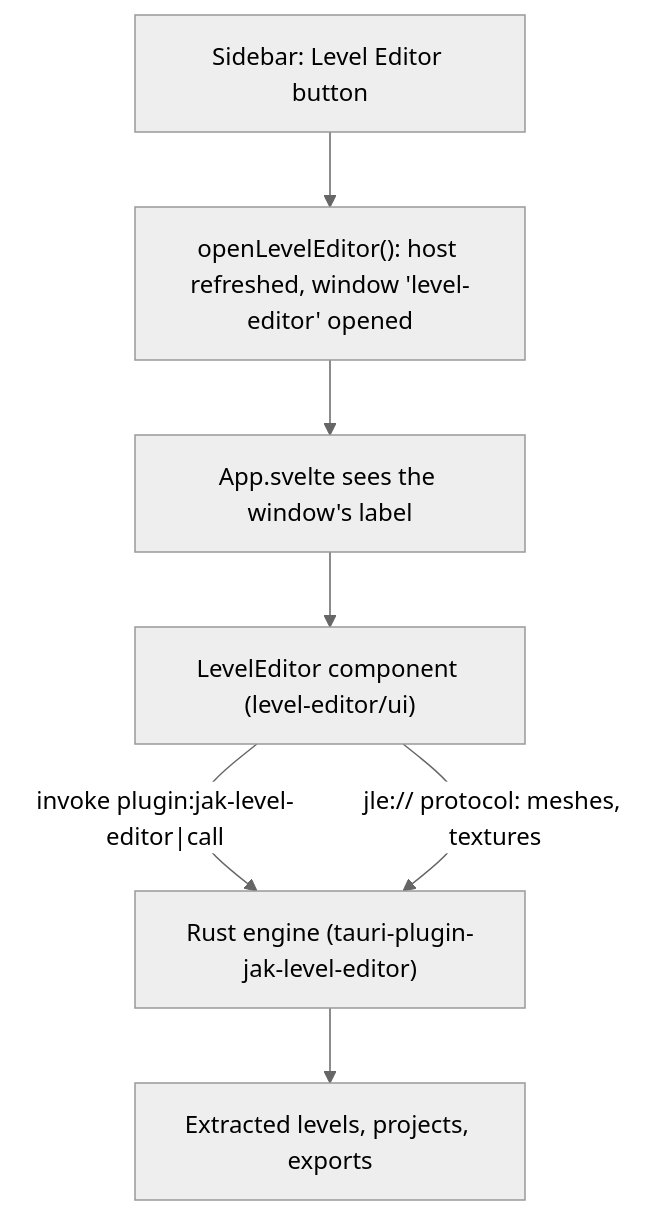
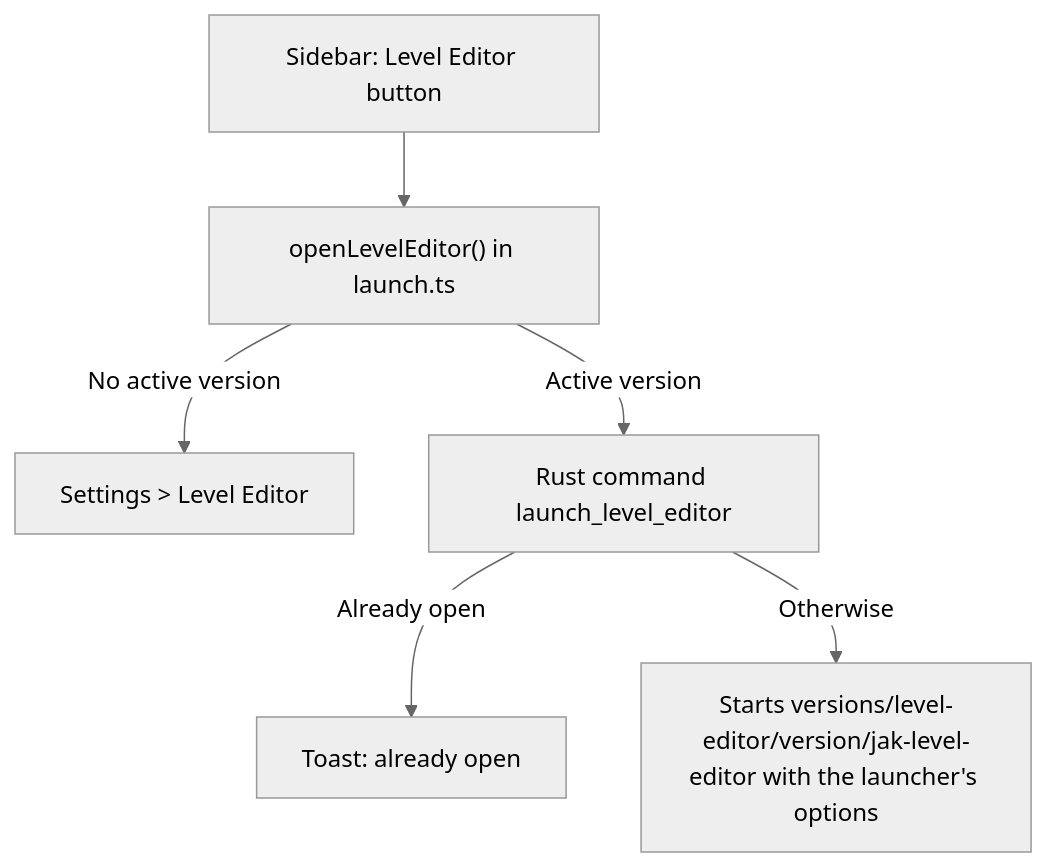
Before and after one commit to whozghiar/open-goal-launcher: the diagram in docs/features_ai/features_level_editor.md, drawn with Mermaid (neutral theme). The commit also changed other lines of this file and 37 other files, not shown here.

Commit message:
feat: install and update the Level Editor on its own, like the tooling (AI-assisted)

````diff
--- a/docs/features_ai/features_level_editor.md
+++ b/docs/features_ai/features_level_editor.md
@@ -94,9 +98,8 @@
 ```mermaid
 flowchart TD
-  A["Sidebar: Level Editor button"] --> B["openLevelEditor(): host refreshed, window 'level-editor' opened"]
-  B --> C["App.svelte sees the window's label"]
-  C --> D["LevelEditor component (level-editor/ui)"]
-  D -->|"invoke plugin:jak-level-editor|call"| E["Rust engine (tauri-plugin-jak-level-editor)"]
-  D -->|"jle:// protocol: meshes, textures"| E
-  E --> F["Extracted levels, projects, exports"]
+  A["Sidebar: Level Editor button"] --> B["openLevelEditor() in launch.ts"]
+  B -->|"No active version"| C["Settings > Level Editor"]
+  B -->|"Active version"| D["Rust command launch_level_editor"]
+  D -->|"Already open"| E["Toast: already open"]
+  D -->|"Otherwise"| F["Starts versions/level-editor/version/jak-level-editor with the launcher's options"]
 ```
````
